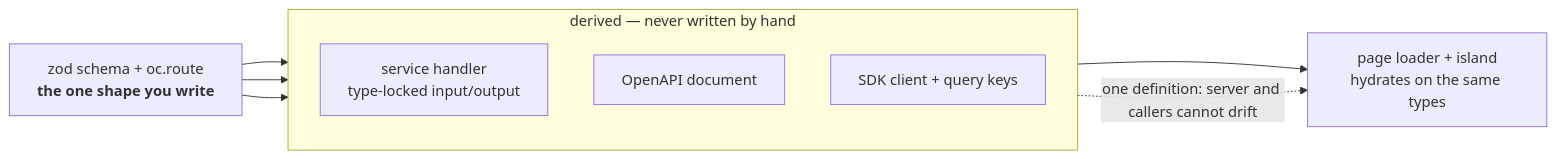
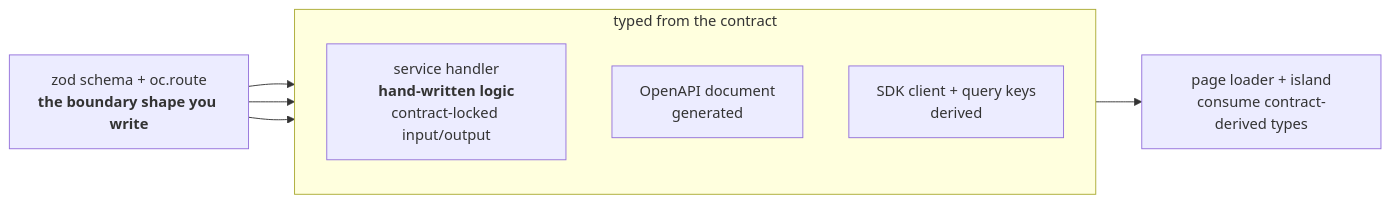
The diagram in docs/site/_diagrams/contract-flow.mmd (rickylabs/netscript), drawn with Mermaid before and after one commit. The commit also changed 7 other files, not shown here.

```diff
--- a/docs/site/_diagrams/contract-flow.mmd
+++ b/docs/site/_diagrams/contract-flow.mmd
@@ -1,17 +1,16 @@
 %% Source for assets/diagrams/contract-flow.svg
 %% Rendered to a committed static SVG by the SEPARATE dev task in render.ts.
 %% This file is NOT consumed by `deno task build`; the site ships the SVG only.
 flowchart LR
-  schema["zod schema + oc.route<br/><b>the one shape you write</b>"]
-  subgraph derived["derived — never written by hand"]
+  schema["zod schema + oc.route<br/><b>the boundary shape you write</b>"]
+  subgraph typed["typed from the contract"]
     direction TB
-    handler["service handler<br/>type-locked input/output"]
-    openapi["OpenAPI document"]
-    sdk["SDK client + query keys"]
+    handler["service handler<br/><b>hand-written logic</b><br/>contract-locked input/output"]
+    openapi["OpenAPI document<br/>generated"]
+    sdk["SDK client + query keys<br/>derived"]
   end
-  page["page loader + island<br/>hydrates on the same types"]
+  page["page loader + island<br/>consume contract-derived types"]
   schema --> handler
   schema --> openapi
   schema --> sdk
   sdk --> page
-  handler -. "one definition: server and callers cannot drift" .-> page
```
